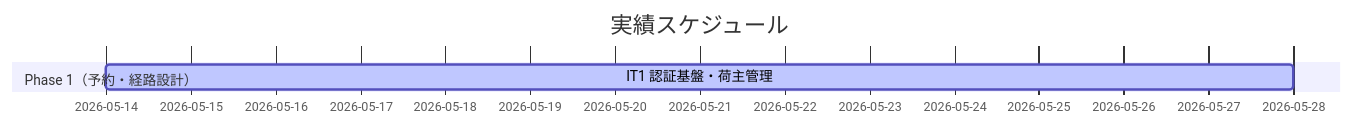
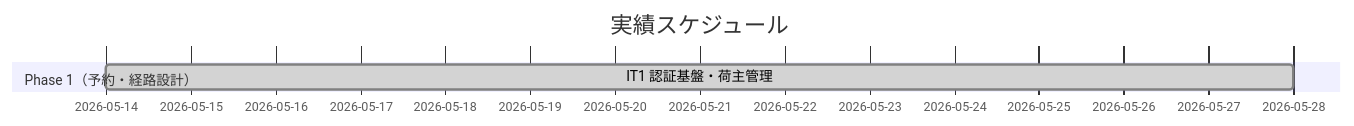
Before and after one commit to k2works/case-study-cargo-tracker: the second of 3 diagrams in docs/development/release_plan.md, drawn with Mermaid. The commit also changed other lines of this file and 3 other files, not shown here.

````diff
--- a/docs/development/release_plan.md
+++ b/docs/development/release_plan.md
@@ -162,7 +162,7 @@
 ```mermaid
 gantt
     title 実績スケジュール
     dateFormat  YYYY-MM-DD
     section Phase 1（予約・経路設計）
-    IT1 認証基盤・荷主管理       :active, a1, 2026-05-14, 14d
+    IT1 認証基盤・荷主管理       :done, a1, 2026-05-14, 14d
 ```
````
